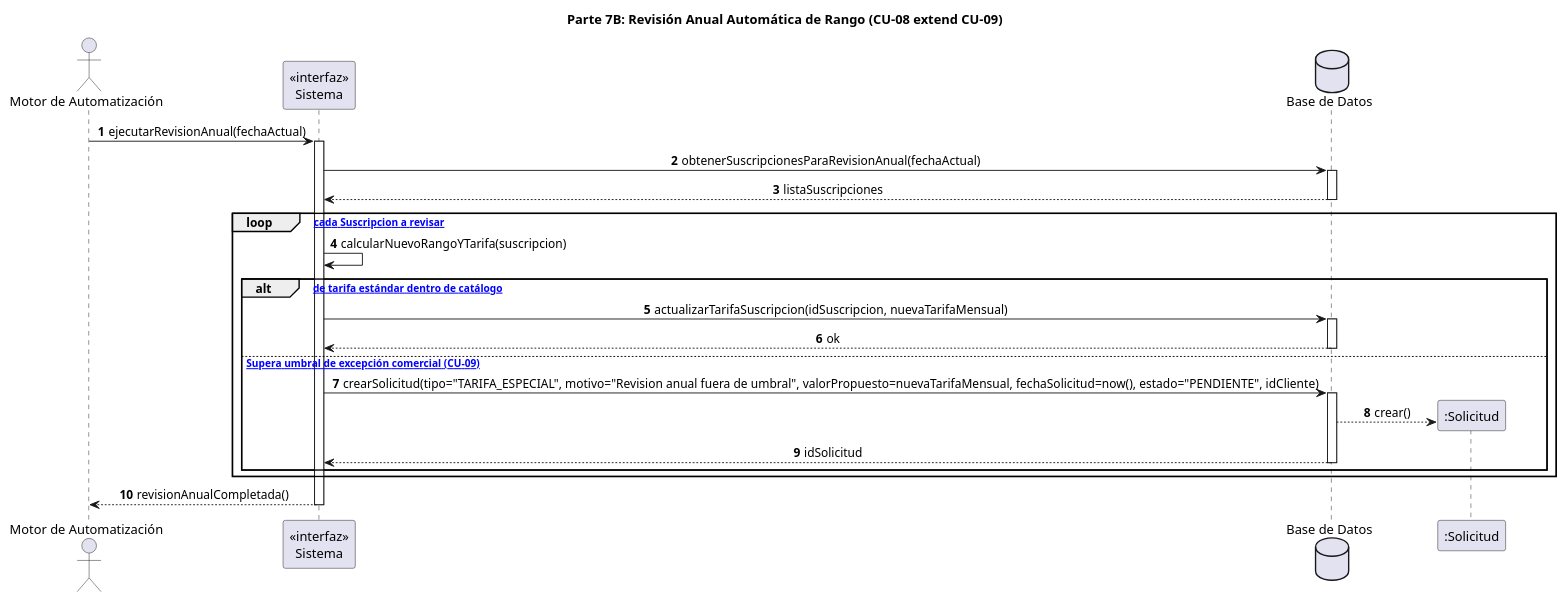
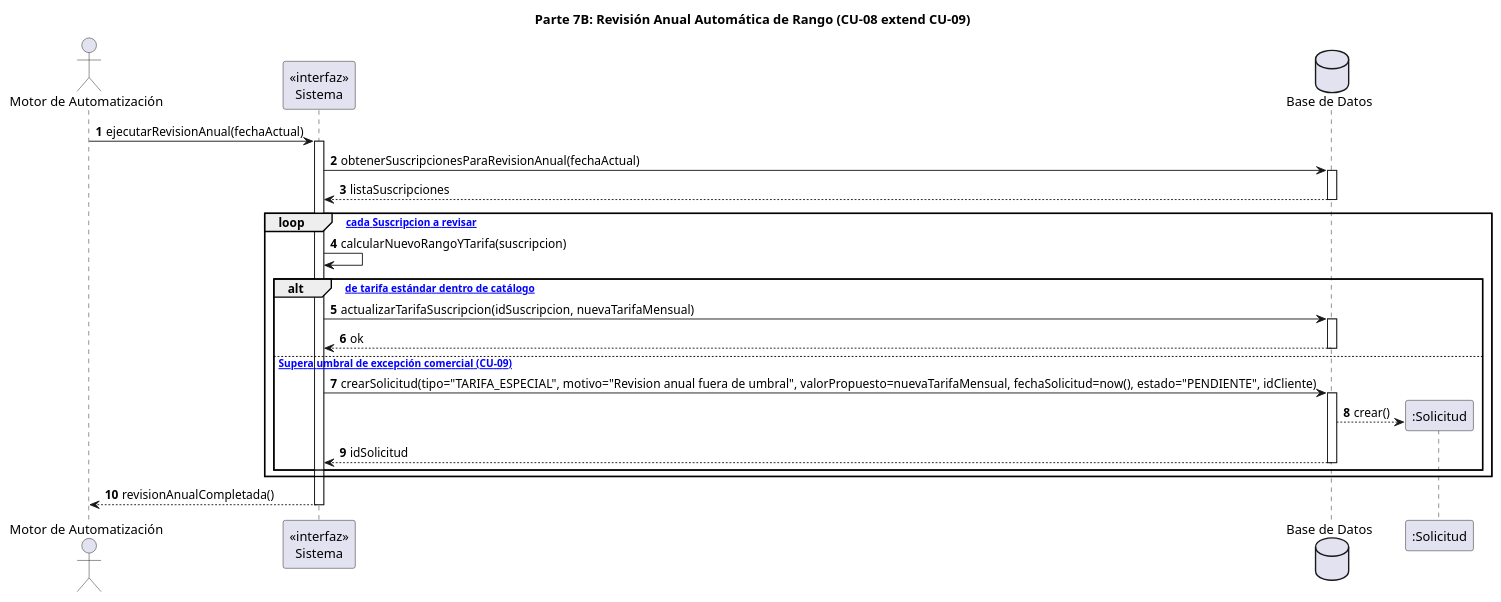
The ninth of 13 diagrams in diagramas_de_secuencia_Codigo.md (Ragavez/TurbineHuclides), drawn with PlantUML before and after one commit. The commit also changed other lines of this file, not shown here.

````diff
--- a/diagramas_de_secuencia_Codigo.md
+++ b/diagramas_de_secuencia_Codigo.md
@@ -728,43 +701,39 @@
 ```plantuml
 @startuml
 autonumber
 title Parte 7B: Revisión Anual Automática de Rango (CU-08 extend CU-09)
-
-skinparam sequenceMessageAlign center
-skinparam ParticipantPadding 35
-skinparam BoxPadding 15
 
 actor "Motor de Automatización" as Motor
 participant "«interfaz»\nSistema" as Sistema
 database "Base de Datos" as BD
 
 Motor -> Sistema : ejecutarRevisionAnual(fechaActual)
 activate Sistema
 
 Sistema -> BD : obtenerSuscripcionesParaRevisionAnual(fechaActual)
 activate BD
 BD --> Sistema : listaSuscripciones
 deactivate BD
 
 loop [Para cada Suscripcion a revisar]
     Sistema -> Sistema : calcularNuevoRangoYTarifa(suscripcion)
 
     alt [Cambio de tarifa estándar dentro de catálogo]
         Sistema -> BD : actualizarTarifaSuscripcion(idSuscripcion, nuevaTarifaMensual)
         activate BD
         BD --> Sistema : ok
         deactivate BD
     else [<<extend>> Supera umbral de excepción comercial (CU-09)]
         Sistema -> BD : crearSolicitud(tipo="TARIFA_ESPECIAL", motivo="Revision anual fuera de umbral", valorPropuesto=nuevaTarifaMensual, fechaSolicitud=now(), estado="PENDIENTE", idCliente)
         activate BD
         create participant ":Solicitud" as SolAnual
         BD --> SolAnual : crear()
         BD --> Sistema : idSolicitud
         deactivate BD
     end
 end
 
 Sistema --> Motor : revisionAnualCompletada()
 deactivate Sistema
 @enduml
 ```
````
